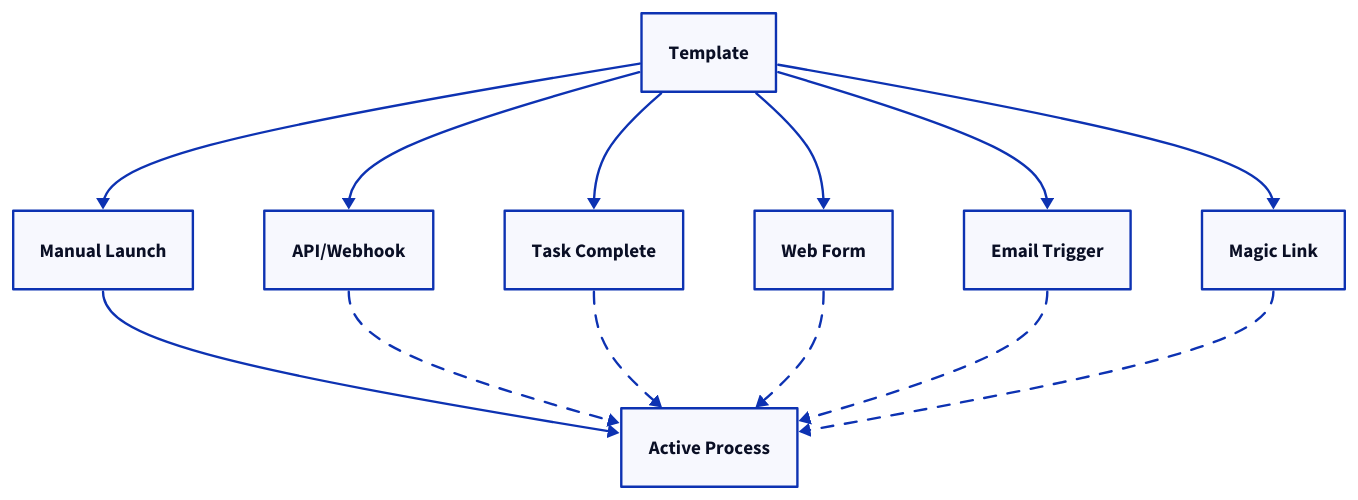
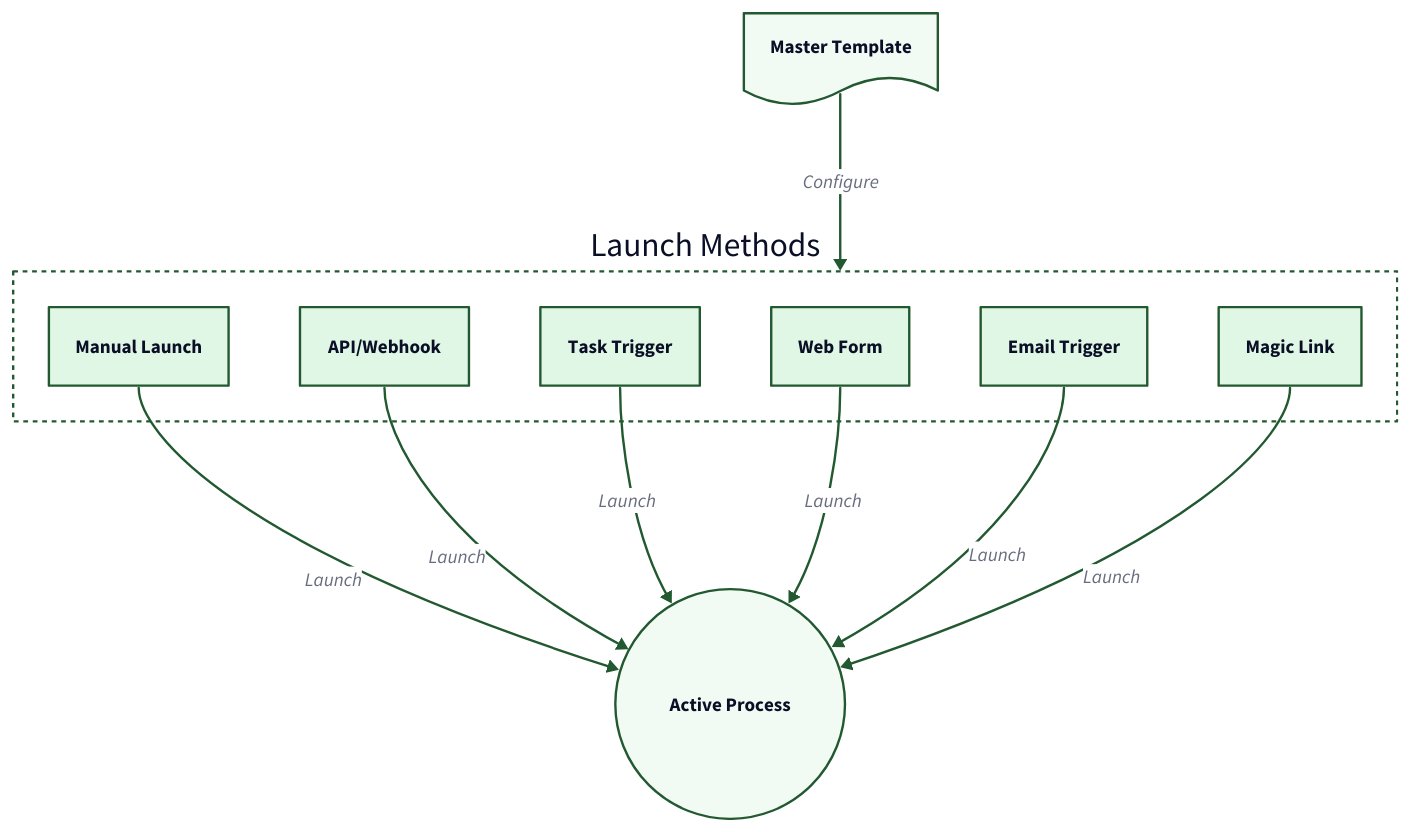
Before and after one commit to tallyfy/documentation: the diagram in src/content/docs/pro/launching/index.mdx, drawn with D2. The commit also changed other lines of this file and 605 other files, not shown here.

````diff
--- a/src/content/docs/pro/launching/index.mdx
+++ b/src/content/docs/pro/launching/index.mdx
@@ -57,22 +58,76 @@
 ```d2
-Template: Template
-Manual: Manual Launch
-Process: Active Process
-Manual -> Process
-API: API/Webhook
-API -> Process {style.stroke-dash: 5}
-Task: Task Complete
-Task -> Process {style.stroke-dash: 5}
-Form: Web Form
-Form -> Process {style.stroke-dash: 5}
-Email: Email Trigger
-Email -> Process {style.stroke-dash: 5}
-Magic: Magic Link
-Magic -> Process {style.stroke-dash: 5}
-Template -> Manual
-Template -> API
-Template -> Task
-Template -> Form
-Template -> Email
-Template -> Magic
+# Process Launch Methods
+direction: down
+
+# Template Source
+Template: Master Template {
+  shape: document
+  style.fill: "#f2faf4"
+  style.stroke: "#225930"
+  style.stroke-width: 2
+}
+
+# Launch Methods Group
+Launch Methods: {
+  style.fill: "#ffffff"
+  style.stroke: "#225930"
+  style.stroke-dash: 2
+  
+  Manual: Manual Launch {
+    style.fill: "#e1f7e6"
+    style.stroke: "#225930"
+  }
+  API: API/Webhook {
+    style.fill: "#e1f7e6"
+    style.stroke: "#225930"
+  }
+  Task: Task Trigger {
+    style.fill: "#e1f7e6"
+    style.stroke: "#225930"
+  }
+  Form: Web Form {
+    style.fill: "#e1f7e6"
+    style.stroke: "#225930"
+  }
+  Email: Email Trigger {
+    style.fill: "#e1f7e6"
+    style.stroke: "#225930"
+  }
+  Magic: Magic Link {
+    style.fill: "#e1f7e6"
+    style.stroke: "#225930"
+  }
+}
+
+# Result
+Process: Active Process {
+  shape: circle
+  style.fill: "#f2faf4"
+  style.stroke: "#225930"
+  style.stroke-width: 2
+}
+
+# Connections
+Template -> Launch Methods: Configure {
+  style.stroke: "#225930"
+  style.stroke-width: 2
+}
+Launch Methods.Manual -> Process: Launch {
+  style.stroke: "#225930"
+}
+Launch Methods.API -> Process: Launch {
+  style.stroke: "#225930"
+}
+Launch Methods.Task -> Process: Launch {
+  style.stroke: "#225930"
+}
+Launch Methods.Form -> Process: Launch {
+  style.stroke: "#225930"
+}
+Launch Methods.Email -> Process: Launch {
+  style.stroke: "#225930"
+}
+Launch Methods.Magic -> Process: Launch {
+  style.stroke: "#225930"
+}
 ```
````
